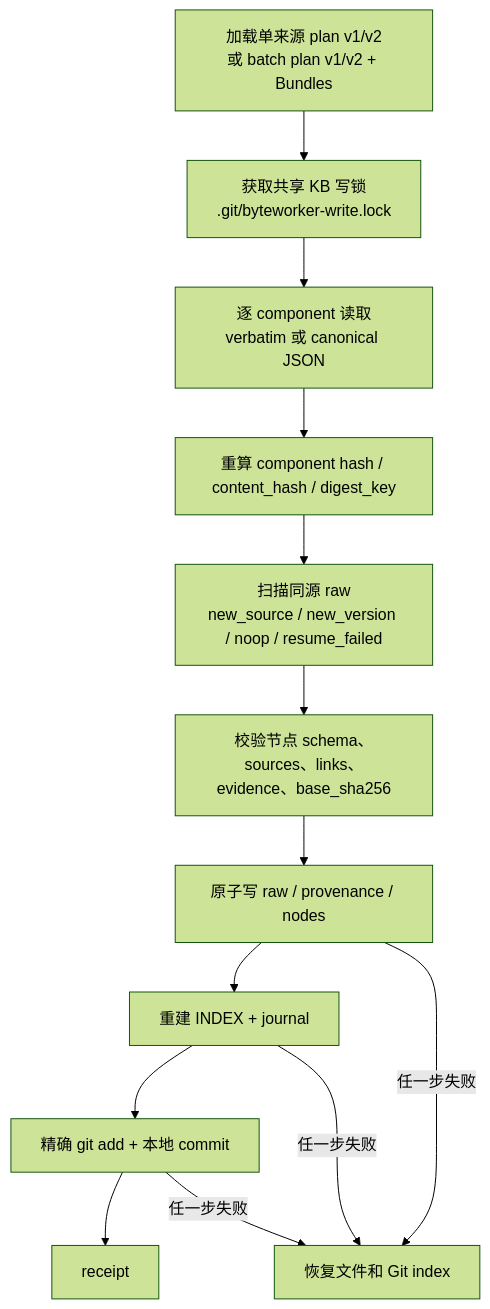
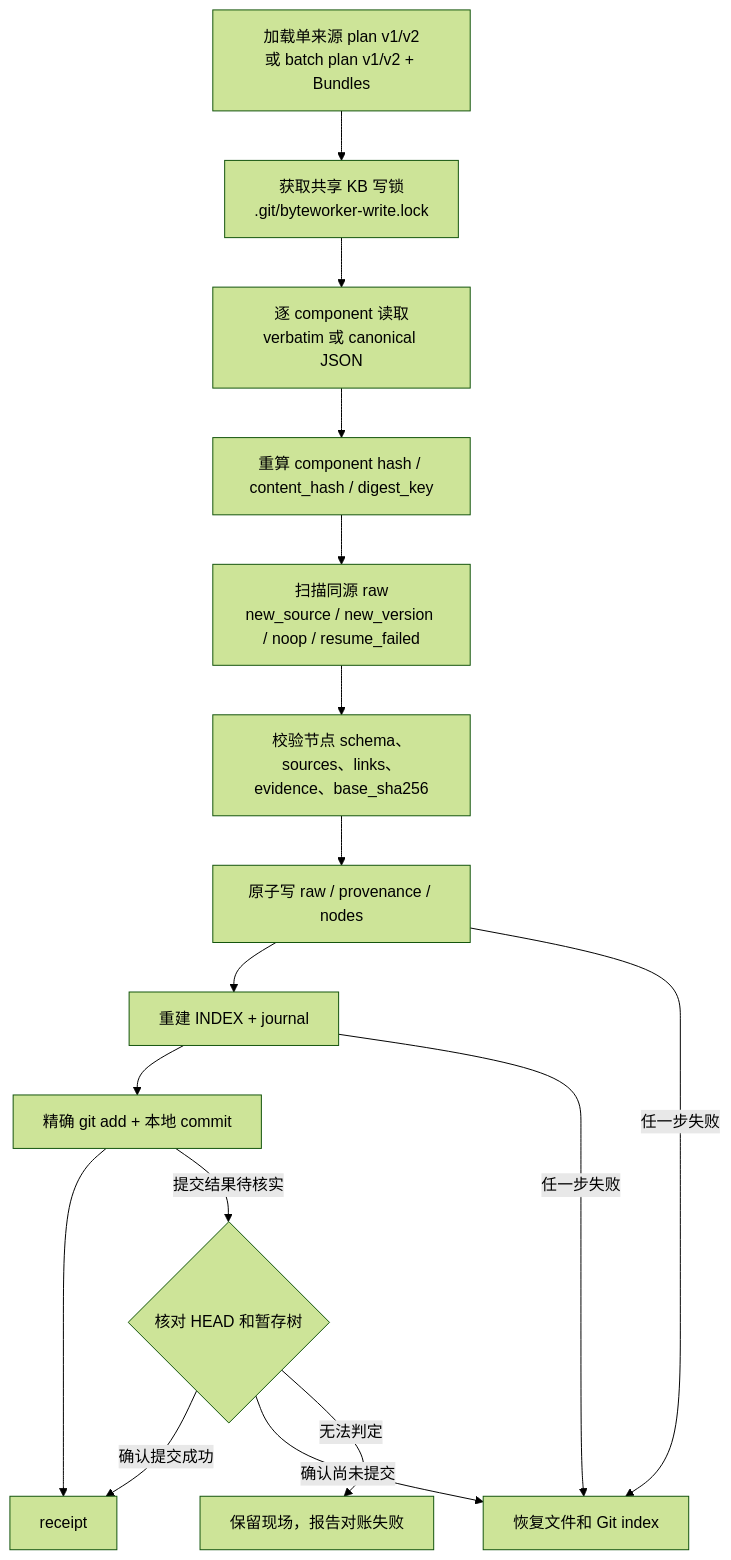
Before and after one commit to ranjiao/byteworker: diagram 15 of 19 in docs/development/ARCHITECTURE.md, drawn with Mermaid (forest theme). The commit also changed other lines of this file and 23 other files, not shown here.

````diff
--- a/docs/development/ARCHITECTURE.md
+++ b/docs/development/ARCHITECTURE.md
@@ -1140,19 +1143,22 @@
 ```mermaid
 flowchart TD
     LOAD["加载单来源 plan v1/v2<br/>或 batch plan v1/v2 + Bundles"]
     PAY["逐 component 读取<br/>verbatim 或 canonical JSON"]
     HASH["重算 component hash / content_hash / digest_key"]
     PREF["扫描同源 raw<br/>new_source / new_version / noop / resume_failed"]
     VAL["校验节点 schema、sources、links、evidence、base_sha256"]
     LOCK["获取共享 KB 写锁<br/>.git/byteworker-write.lock"]
     WRITE["原子写 raw / provenance / nodes"]
     DERIVE["重建 INDEX + journal"]
     GIT["精确 git add + 本地 commit"]
     REC["receipt"]
     ROLLBACK["恢复文件和 Git index"]
 
     LOAD --> LOCK --> PAY --> HASH --> PREF --> VAL --> WRITE --> DERIVE --> GIT --> REC
     WRITE -->|"任一步失败"| ROLLBACK
     DERIVE -->|"任一步失败"| ROLLBACK
-    GIT -->|"任一步失败"| ROLLBACK
+    GIT -->|"提交结果待核实"| CHECK{"核对 HEAD 和暂存树"}
+    CHECK -->|"确认提交成功"| REC
+    CHECK -->|"确认尚未提交"| ROLLBACK
+    CHECK -->|"无法判定"| STOP["保留现场，报告对账失败"]
 ```
````
